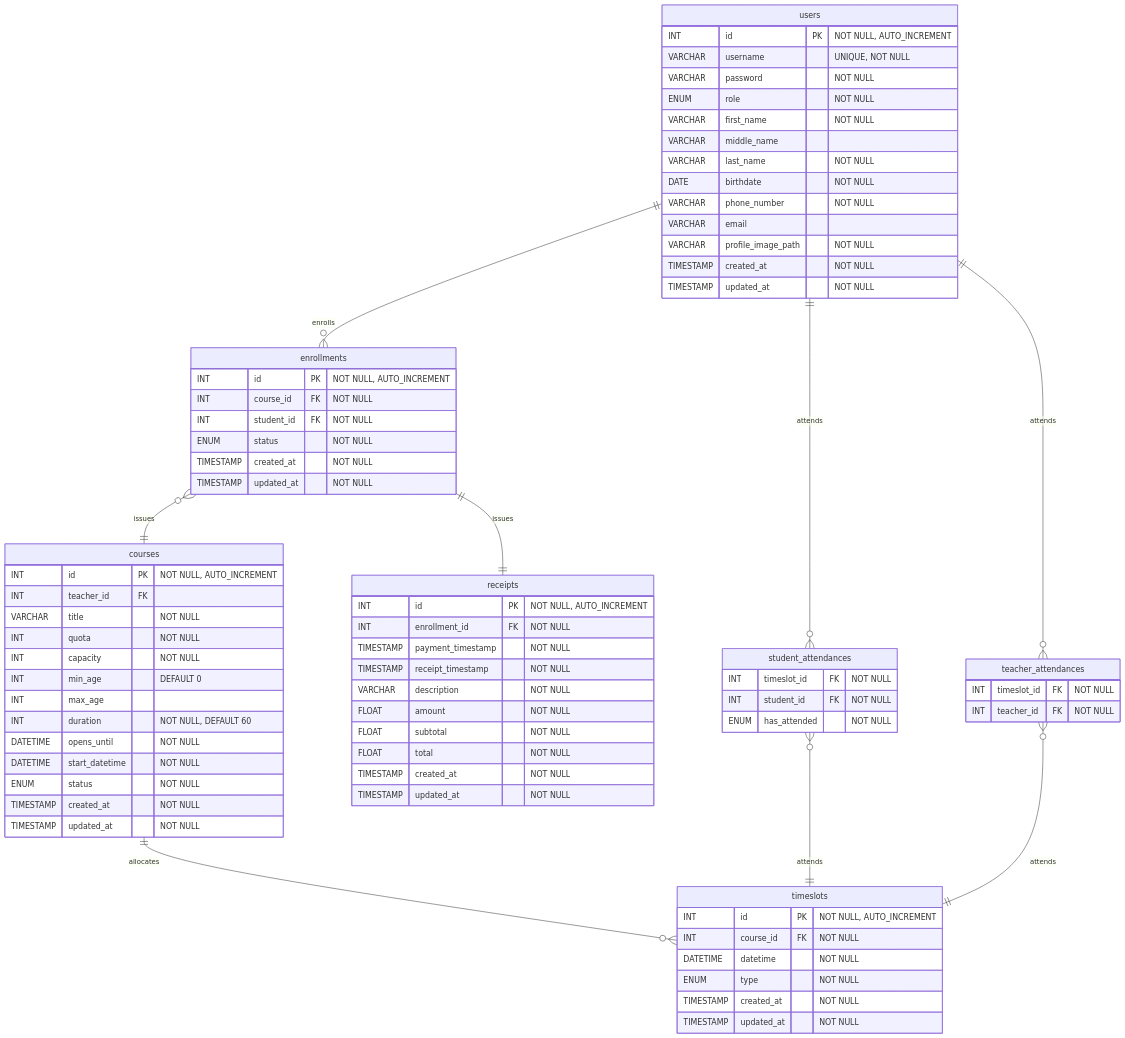
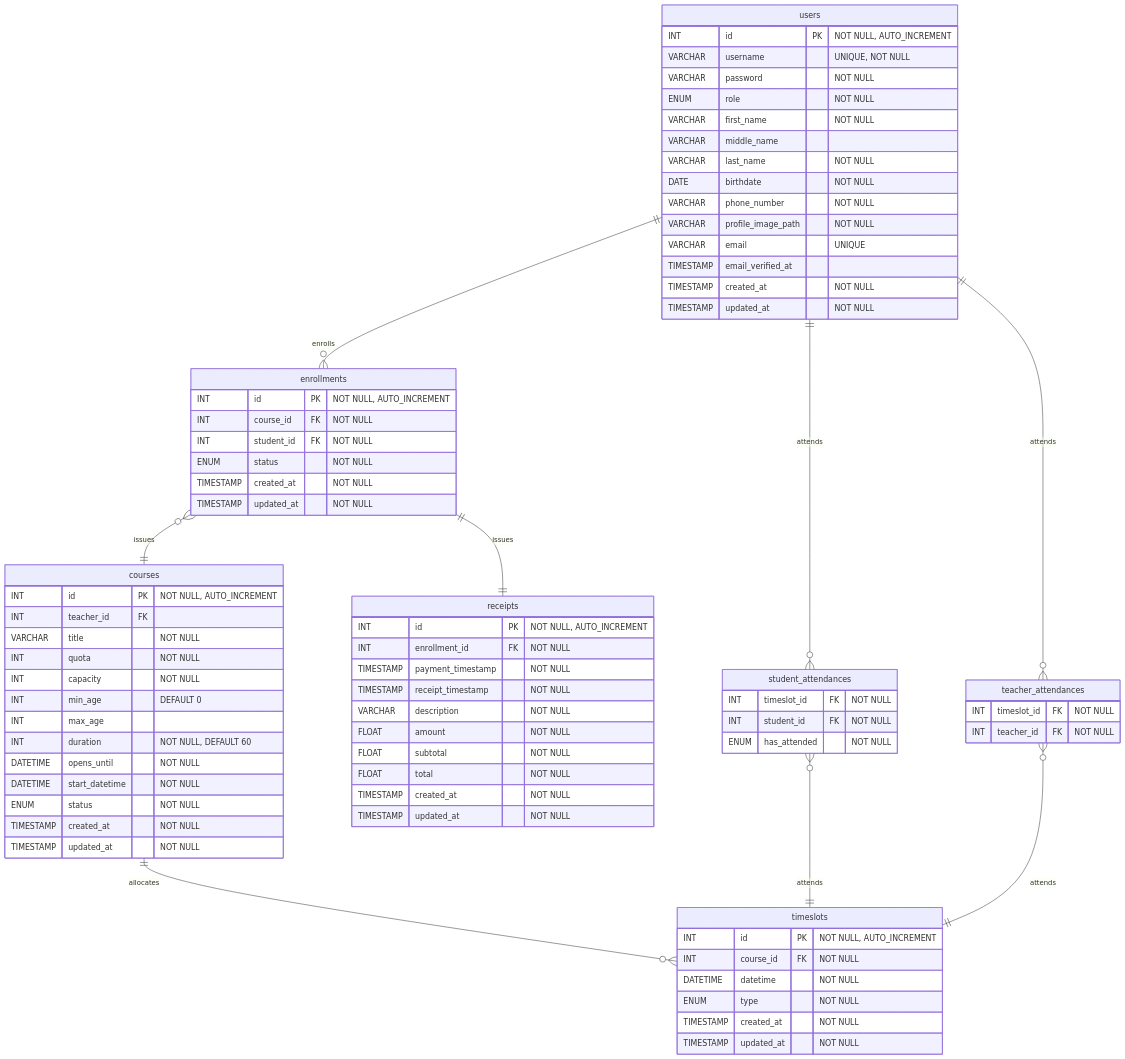
One commit to SaluteKevin/AQkid changed the diagram in Design/er.md. Above: the diagram before and after it, drawn with Mermaid. The commit also changed 1 other file, not shown here.

Commit message:
Update ER diagram regards Laravel

```diff
--- a/Design/er.md
+++ b/Design/er.md
@@ -14,8 +14,9 @@
         VARCHAR last_name "NOT NULL"
         DATE birthdate "NOT NULL"
         VARCHAR phone_number "NOT NULL"
-        VARCHAR email
         VARCHAR profile_image_path "NOT NULL"
+        VARCHAR email "UNIQUE"
+        TIMESTAMP email_verified_at
         TIMESTAMP created_at "NOT NULL"
         TIMESTAMP updated_at "NOT NULL"
     }
```
